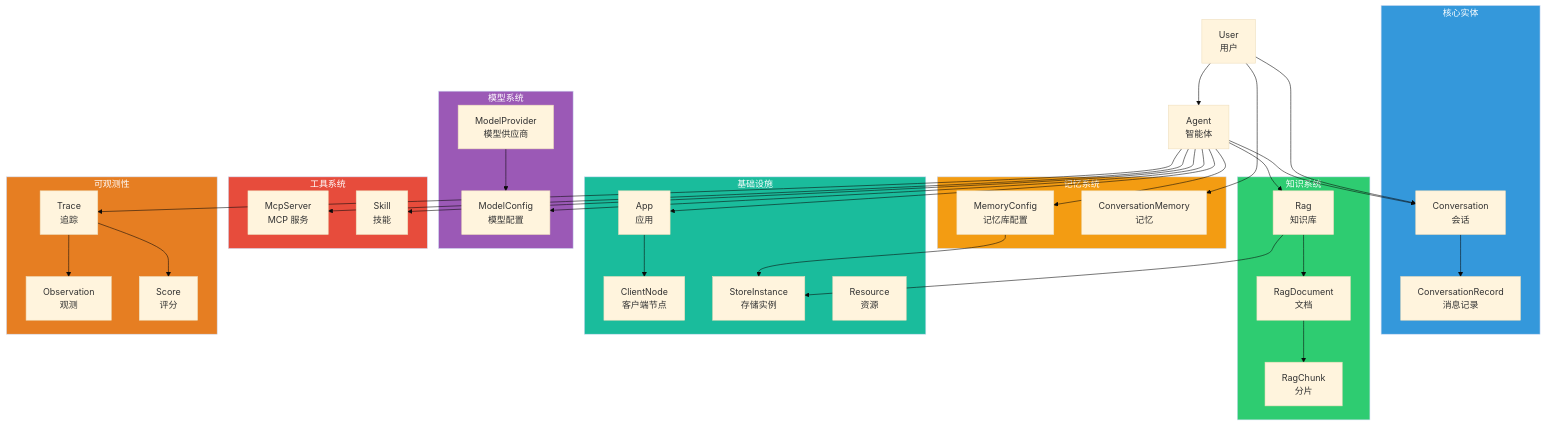
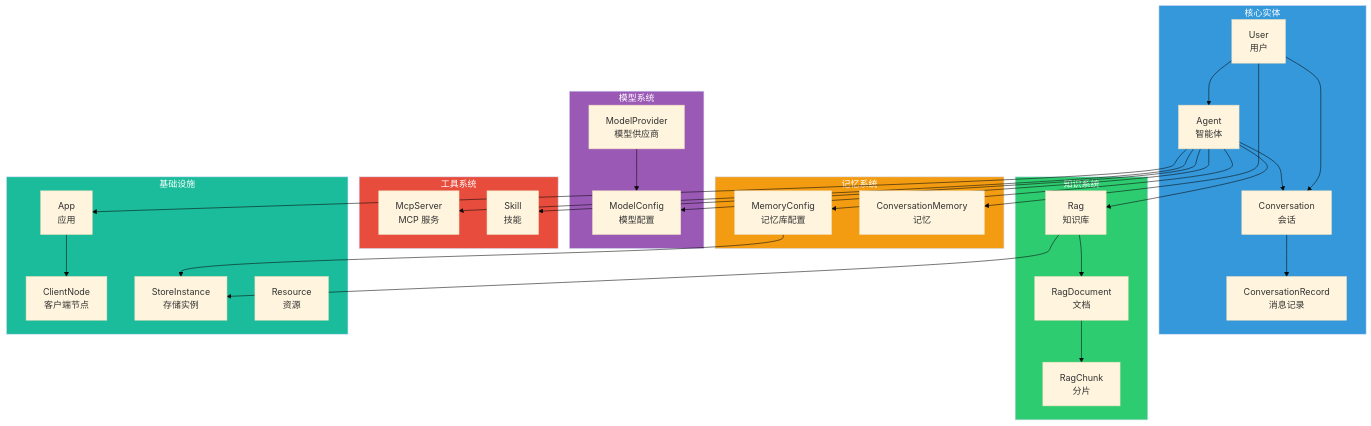
Before and after one commit to aizuda/snail-ai: the eighth of 8 diagrams in docs/architecture/data-model.md, drawn with Mermaid (base theme). The commit also changed other lines of this file and 41 other files, not shown here.

````diff
--- a/docs/architecture/data-model.md
+++ b/docs/architecture/data-model.md
@@ -521,72 +425,62 @@
 ```mermaid
 graph TB
     subgraph Core["核心实体"]
         USER["User<br/>用户"]
         AGENT["Agent<br/>智能体"]
         CONV["Conversation<br/>会话"]
         RECORD["ConversationRecord<br/>消息记录"]
     end
 
     subgraph Knowledge["知识系统"]
         RAG["Rag<br/>知识库"]
         DOC["RagDocument<br/>文档"]
         CHUNK["RagChunk<br/>分片"]
     end
 
     subgraph Model["模型系统"]
         PROVIDER["ModelProvider<br/>模型供应商"]
         CONFIG["ModelConfig<br/>模型配置"]
     end
 
     subgraph Tool["工具系统"]
         MCP["McpServer<br/>MCP 服务"]
         SKILL["Skill<br/>技能"]
     end
 
     subgraph Memory["记忆系统"]
         MC["MemoryConfig<br/>记忆库配置"]
         MEM["ConversationMemory<br/>记忆"]
     end
 
     subgraph Infra["基础设施"]
         APP["App<br/>应用"]
         NODE["ClientNode<br/>客户端节点"]
         STORE["StoreInstance<br/>存储实例"]
         RES["Resource<br/>资源"]
     end
 
-    subgraph Observe["可观测性"]
-        TRACE["Trace<br/>追踪"]
-        OBS["Observation<br/>观测"]
-        SCORE["Score<br/>评分"]
-    end
-
     USER --> AGENT
     USER --> CONV
     AGENT --> CONV
     CONV --> RECORD
     AGENT --> RAG
     AGENT --> MCP
     AGENT --> SKILL
     AGENT --> MC
     AGENT --> CONFIG
     AGENT --> APP
     RAG --> DOC
     DOC --> CHUNK
     RAG --> STORE
     MC --> STORE
     PROVIDER --> CONFIG
     APP --> NODE
-    TRACE --> OBS
-    TRACE --> SCORE
-    AGENT --> TRACE
     USER --> MEM
 
     style Core fill:#3498db,color:#fff
     style Knowledge fill:#2ecc71,color:#fff
     style Model fill:#9b59b6,color:#fff
     style Tool fill:#e74c3c,color:#fff
     style Memory fill:#f39c12,color:#fff
     style Infra fill:#1abc9c,color:#fff
-    style Observe fill:#e67e22,color:#fff
 ```
````
